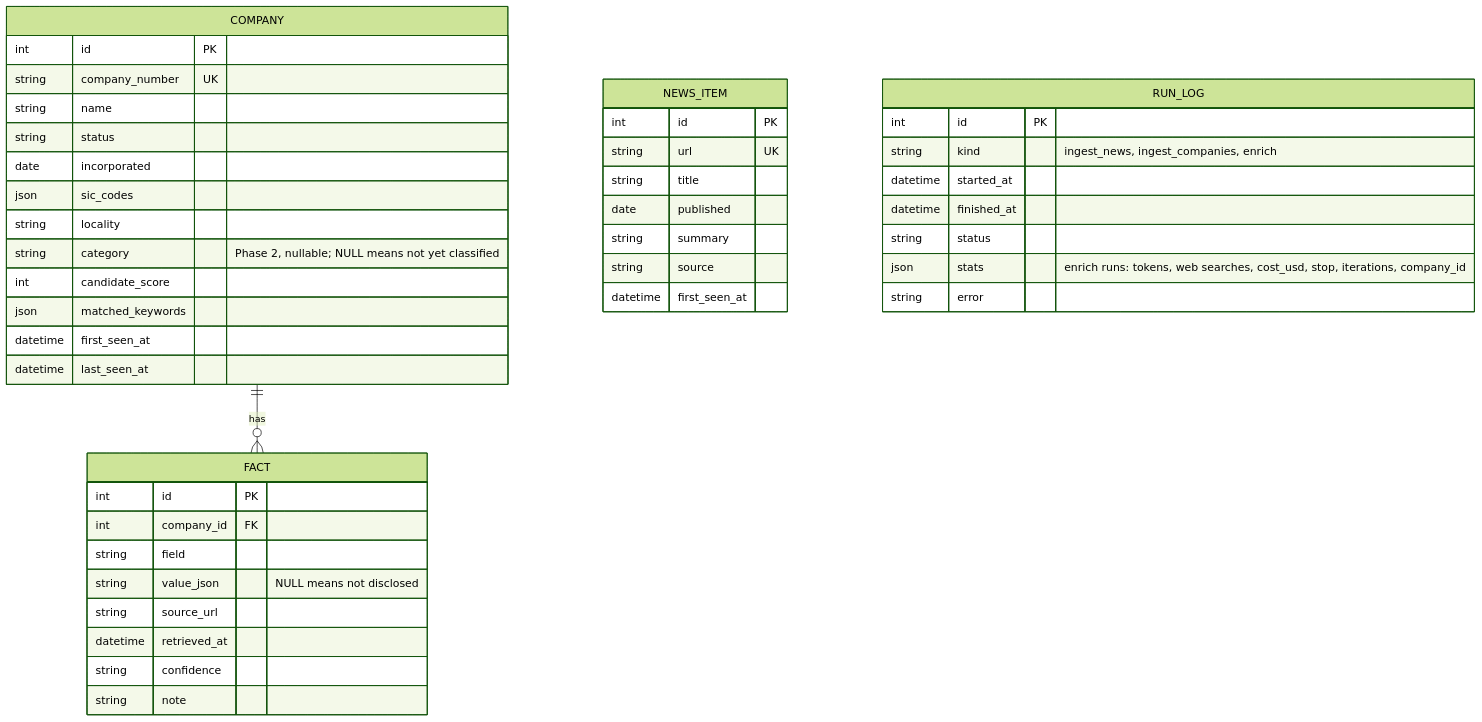
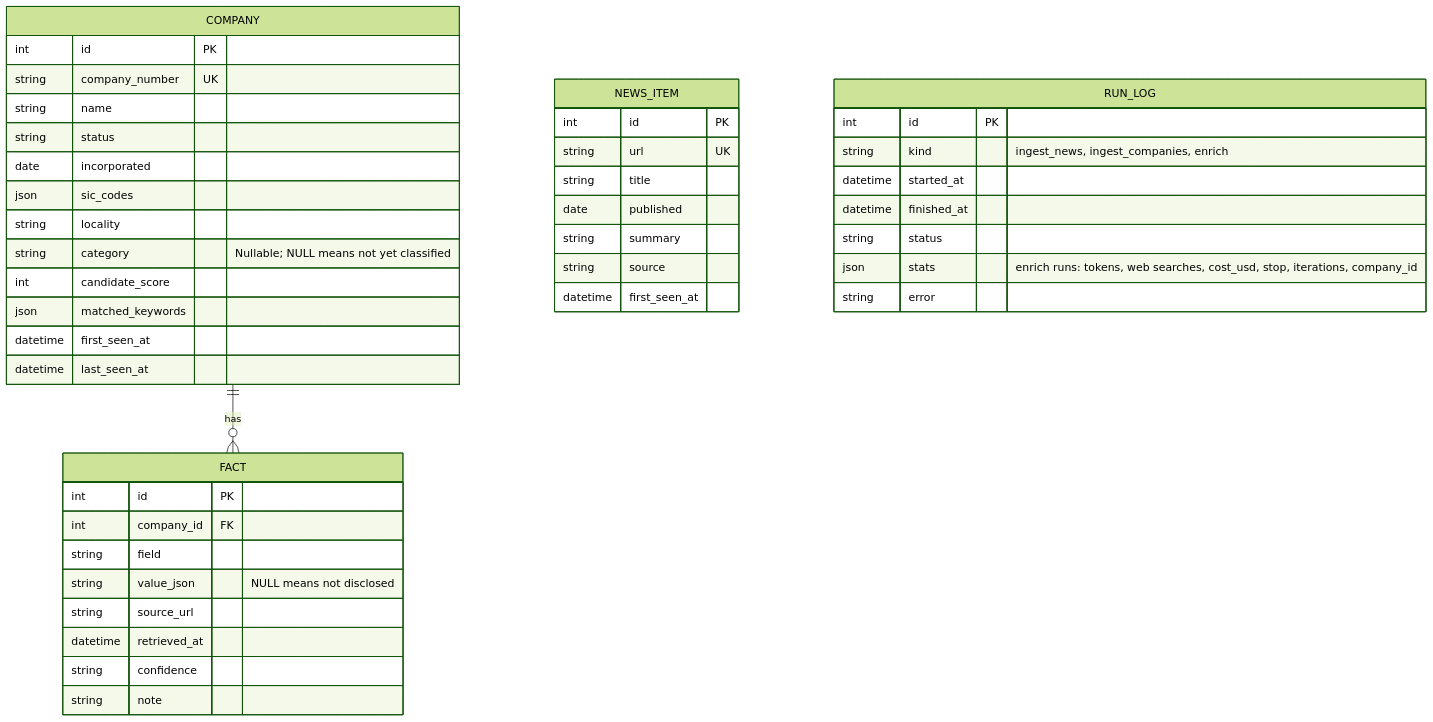
One commit to Farzaanee/sprout changed the first of 3 diagrams in docs/architecture/data-model.md. Above: the diagram before and after it, drawn with Mermaid (forest theme). The commit also changed other lines of this file and 10 other files, not shown here.

````diff
--- a/docs/architecture/data-model.md
+++ b/docs/architecture/data-model.md
@@ -9,46 +9,46 @@
 ```mermaid
 erDiagram
     COMPANY ||--o{ FACT : has
     COMPANY {
         int id PK
         string company_number UK
         string name
         string status
         date incorporated
         json sic_codes
         string locality
-        string category "Phase 2, nullable; NULL means not yet classified"
+        string category "Nullable; NULL means not yet classified"
         int candidate_score
         json matched_keywords
         datetime first_seen_at
         datetime last_seen_at
     }
     FACT {
         int id PK
         int company_id FK
         string field
         string value_json "NULL means not disclosed"
         string source_url
         datetime retrieved_at
         string confidence
         string note
     }
     NEWS_ITEM {
         int id PK
         string url UK
         string title
         date published
         string summary
         string source
         datetime first_seen_at
     }
     RUN_LOG {
         int id PK
         string kind "ingest_news, ingest_companies, enrich"
         datetime started_at
         datetime finished_at
         string status
         json stats "enrich runs: tokens, web searches, cost_usd, stop, iterations, company_id"
         string error
     }
 ```
````
